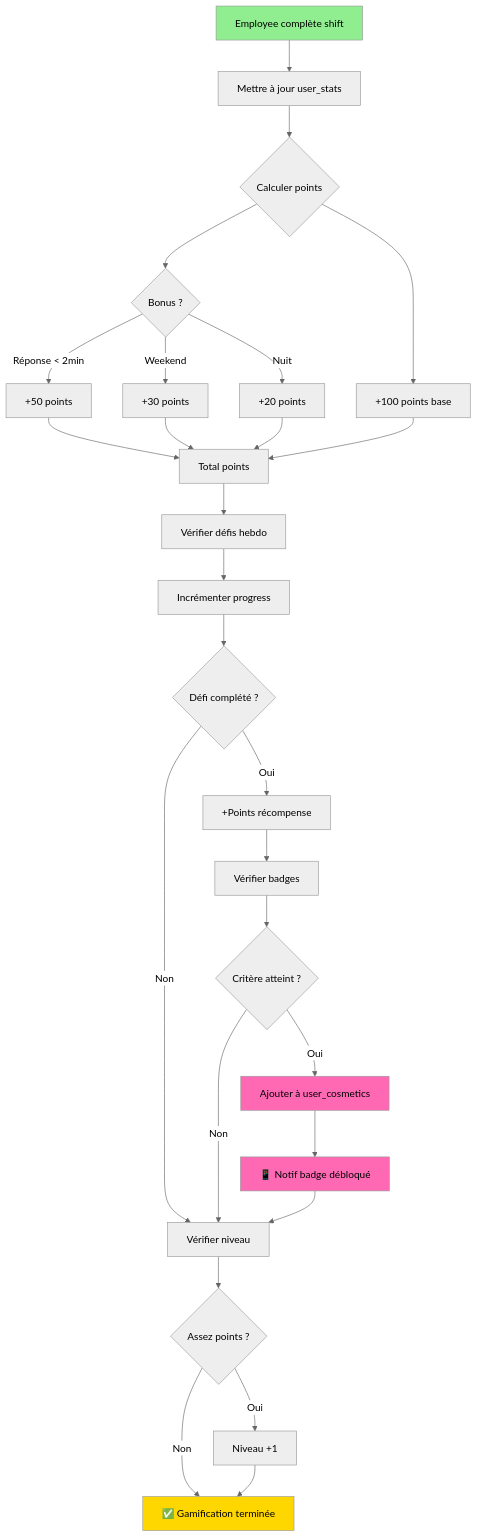
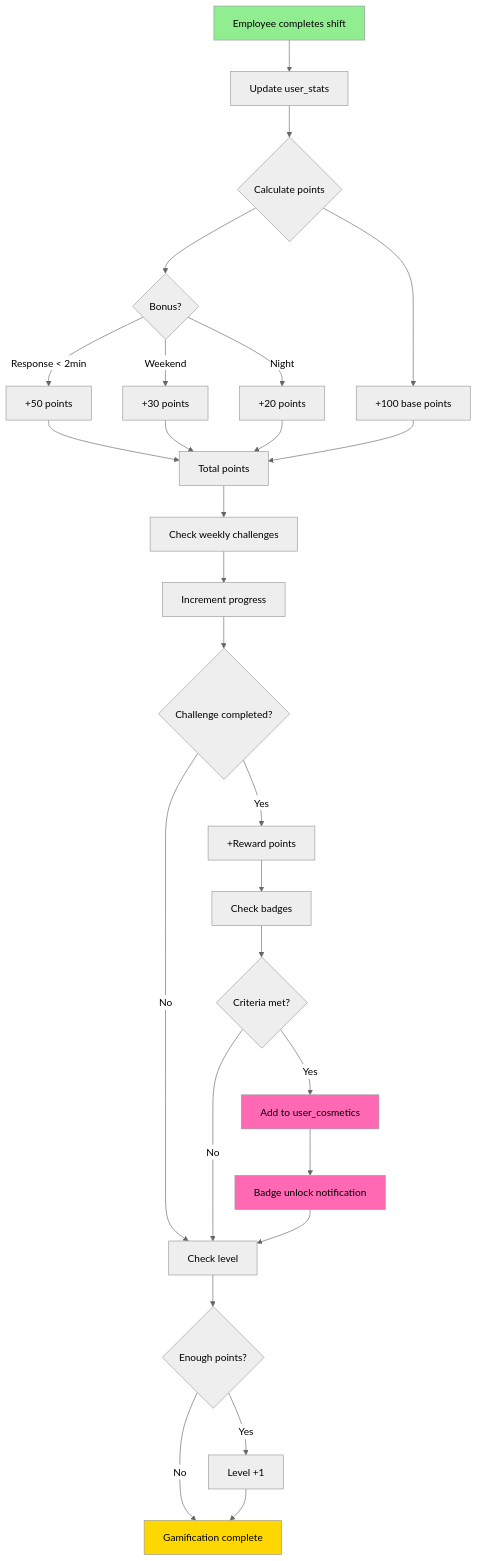
The third of 8 diagrams in USER_FLOWS.md (shiftexpress01/public), drawn with Mermaid (neutral theme) before and after one commit. The commit also changed other lines of this file, not shown here.

````diff
--- a/USER_FLOWS.md
+++ b/USER_FLOWS.md
@@ -83,42 +83,42 @@
 ```mermaid
 flowchart TD
-    START[Employee complète shift] --> UPDATE_STATS[Mettre à jour user_stats]
+    START[Employee completes shift] --> UPDATE_STATS[Update user_stats]
 
-    UPDATE_STATS --> POINTS{Calculer points}
-    POINTS --> ADD_BASE[+100 points base]
-    POINTS --> ADD_BONUS{Bonus ?}
+    UPDATE_STATS --> POINTS{Calculate points}
+    POINTS --> ADD_BASE[+100 base points]
+    POINTS --> ADD_BONUS{Bonus?}
 
-    ADD_BONUS -->|Réponse < 2min| FAST[+50 points]
+    ADD_BONUS -->|Response < 2min| FAST[+50 points]
     ADD_BONUS -->|Weekend| WEEKEND[+30 points]
-    ADD_BONUS -->|Nuit| NIGHT[+20 points]
+    ADD_BONUS -->|Night| NIGHT[+20 points]
 
     FAST & WEEKEND & NIGHT --> TOTAL[Total points]
     ADD_BASE --> TOTAL
 
-    TOTAL --> CHECK_CHALLENGES[Vérifier défis hebdo]
-    CHECK_CHALLENGES --> UPDATE_PROGRESS[Incrémenter progress]
+    TOTAL --> CHECK_CHALLENGES[Check weekly challenges]
+    CHECK_CHALLENGES --> UPDATE_PROGRESS[Increment progress]
 
-    UPDATE_PROGRESS --> CHALLENGE_COMPLETE{Défi complété ?}
-    CHALLENGE_COMPLETE -->|Oui| REWARD_POINTS[+Points récompense]
-    CHALLENGE_COMPLETE -->|Non| NEXT
+    UPDATE_PROGRESS --> CHALLENGE_COMPLETE{Challenge completed?}
+    CHALLENGE_COMPLETE -->|Yes| REWARD_POINTS[+Reward points]
+    CHALLENGE_COMPLETE -->|No| NEXT
 
-    REWARD_POINTS --> CHECK_BADGES[Vérifier badges]
-    CHECK_BADGES --> UNLOCK_BADGE{Critère atteint ?}
+    REWARD_POINTS --> CHECK_BADGES[Check badges]
+    CHECK_BADGES --> UNLOCK_BADGE{Criteria met?}
 
-    UNLOCK_BADGE -->|Oui| ADD_COSMETIC[Ajouter à user_cosmetics]
-    UNLOCK_BADGE -->|Non| NEXT
+    UNLOCK_BADGE -->|Yes| ADD_COSMETIC[Add to user_cosmetics]
+    UNLOCK_BADGE -->|No| NEXT
 
-    ADD_COSMETIC --> NOTIFY_UNLOCK[📱 Notif badge débloqué]
-    NOTIFY_UNLOCK --> NEXT[Vérifier niveau]
+    ADD_COSMETIC --> NOTIFY_UNLOCK[Badge unlock notification]
+    NOTIFY_UNLOCK --> NEXT[Check level]
 
-    NEXT --> LEVEL_UP{Assez points ?}
-    LEVEL_UP -->|Oui| INCREMENT_LEVEL[Niveau +1]
-    LEVEL_UP -->|Non| END
+    NEXT --> LEVEL_UP{Enough points?}
+    LEVEL_UP -->|Yes| INCREMENT_LEVEL[Level +1]
+    LEVEL_UP -->|No| END
 
-    INCREMENT_LEVEL --> END[✅ Gamification terminée]
+    INCREMENT_LEVEL --> END[Gamification complete]
 
     style START fill:#90EE90
     style END fill:#FFD700
     style ADD_COSMETIC fill:#FF69B4
     style NOTIFY_UNLOCK fill:#FF69B4
 ```
````
